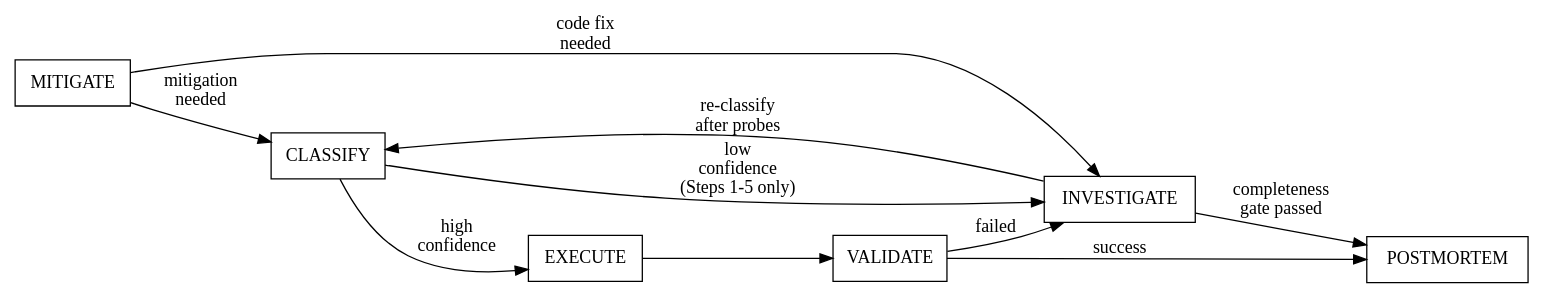
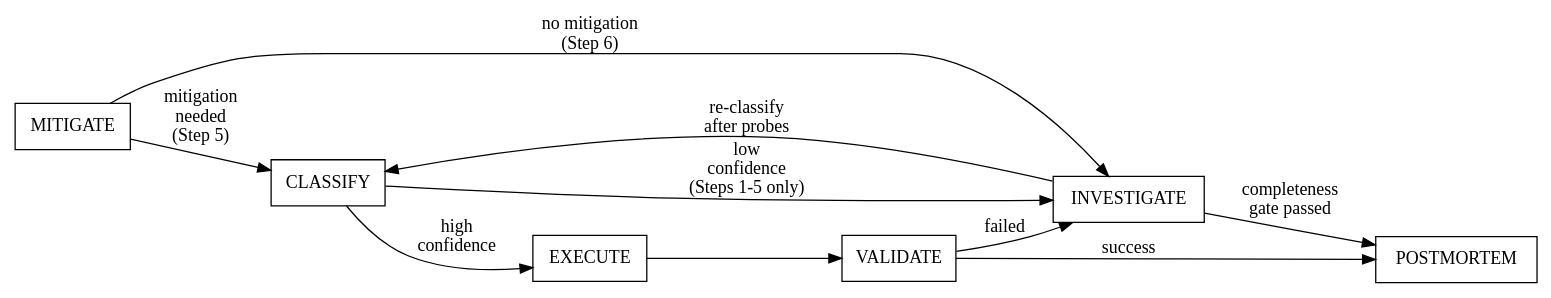
One commit to damianpapadopoulos/auto-claude-skills changed the diagram in skills/incident-analysis/SKILL.md. Above: the diagram before and after it, drawn with Graphviz. The commit also changed other lines of this file and 1 other file, not shown here.

Commit message:
fix(incident-analysis): address code review feedback
- Clarify flowchart MITIGATE edge labels with step references
- Restore Constraint 7 self-check remediation action clause
- Update word count guard comment to reflect post-refactor baseline

````diff
--- a/skills/incident-analysis/SKILL.md
+++ b/skills/incident-analysis/SKILL.md
@@ -12,15 +12,15 @@
 ```dot
 digraph stages {
     rankdir=LR;
     node [shape=box];
-    MITIGATE -> CLASSIFY [label="mitigation\nneeded"];
-    MITIGATE -> INVESTIGATE [label="code fix\nneeded"];
+    MITIGATE -> CLASSIFY [label="mitigation\nneeded\n(Step 5)"];
+    MITIGATE -> INVESTIGATE [label="no mitigation\n(Step 6)"];
     CLASSIFY -> EXECUTE [label="high\nconfidence"];
     CLASSIFY -> INVESTIGATE [label="low\nconfidence\n(Steps 1-5 only)"];
     INVESTIGATE -> CLASSIFY [label="re-classify\nafter probes"];
     INVESTIGATE -> POSTMORTEM [label="completeness\ngate passed"];
     EXECUTE -> VALIDATE;
     VALIDATE -> POSTMORTEM [label="success"];
     VALIDATE -> INVESTIGATE [label="failed"];
 }
 ```
````
